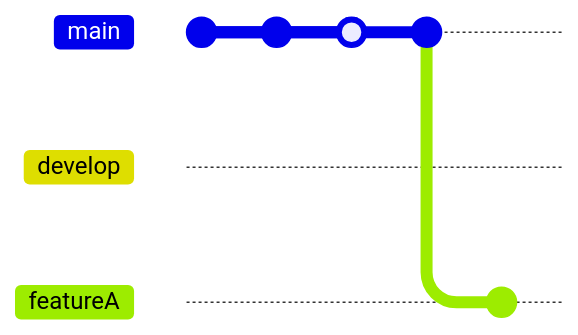
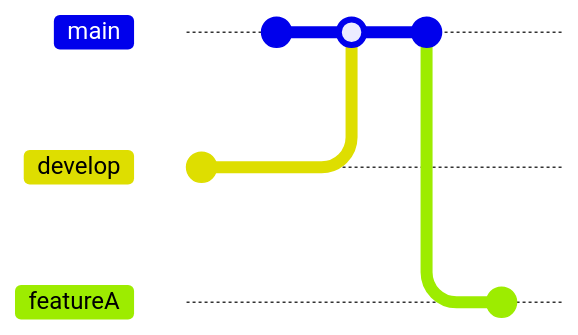
One commit to petitess/markdown changed the first of 3 diagrams in mermaid04.md. Above: the diagram before and after it, drawn with Mermaid. The commit also changed other lines of this file, not shown here. Commit ids are hidden.

````diff
--- a/mermaid04.md
+++ b/mermaid04.md
@@ -1,11 +1,11 @@
 ```mermaid
 gitGraph
+       branch develop
        commit
-       branch develop
        checkout main
        commit
        merge develop
        commit
        branch featureA
        commit
 ```
````
